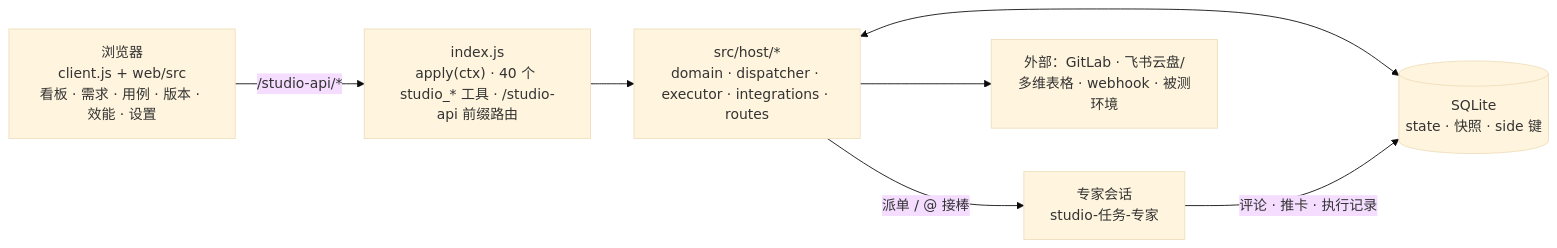
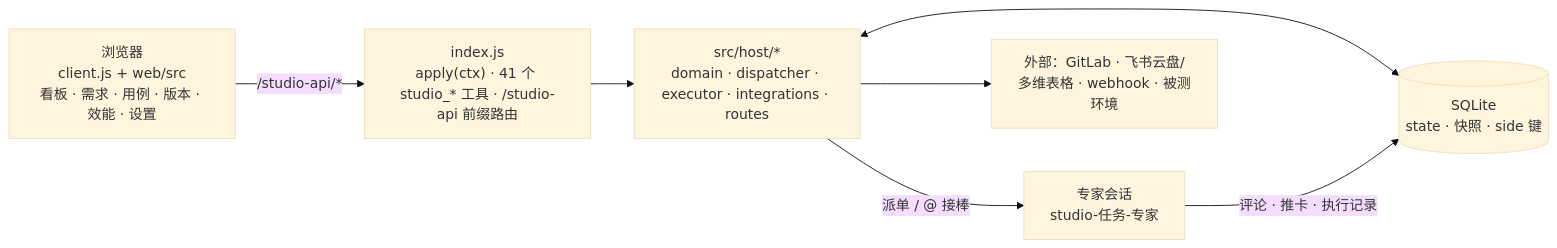
One commit to linchuncheng/dsh-studio changed the diagram in README.md. Above: the diagram before and after it, drawn with Mermaid (base theme). The commit also changed other lines of this file and 19 other files, not shown here.

````diff
--- a/README.md
+++ b/README.md
@@ -45,15 +45,15 @@
 ```mermaid
 flowchart LR
   UI["浏览器<br/>client.js + web/src<br/>看板 · 需求 · 用例 · 版本 · 效能 · 设置"]
-  API["index.js<br/>apply(ctx) · 40 个 studio_* 工具 · /studio-api 前缀路由"]
+  API["index.js<br/>apply(ctx) · 41 个 studio_* 工具 · /studio-api 前缀路由"]
   HOST["src/host/*<br/>domain · dispatcher · executor · integrations · routes"]
   DB[("SQLite<br/>state · 快照 · side 键")]
   AGENT["专家会话<br/>studio-任务-专家"]
   EXT["外部：GitLab · 飞书云盘/多维表格 · webhook · 被测环境"]
   UI -->|"/studio-api/*"| API
   API --> HOST
   HOST <--> DB
   HOST -->|"派单 / @ 接棒"| AGENT
   AGENT -->|"评论 · 推卡 · 执行记录"| DB
   HOST --> EXT
 ```
````
